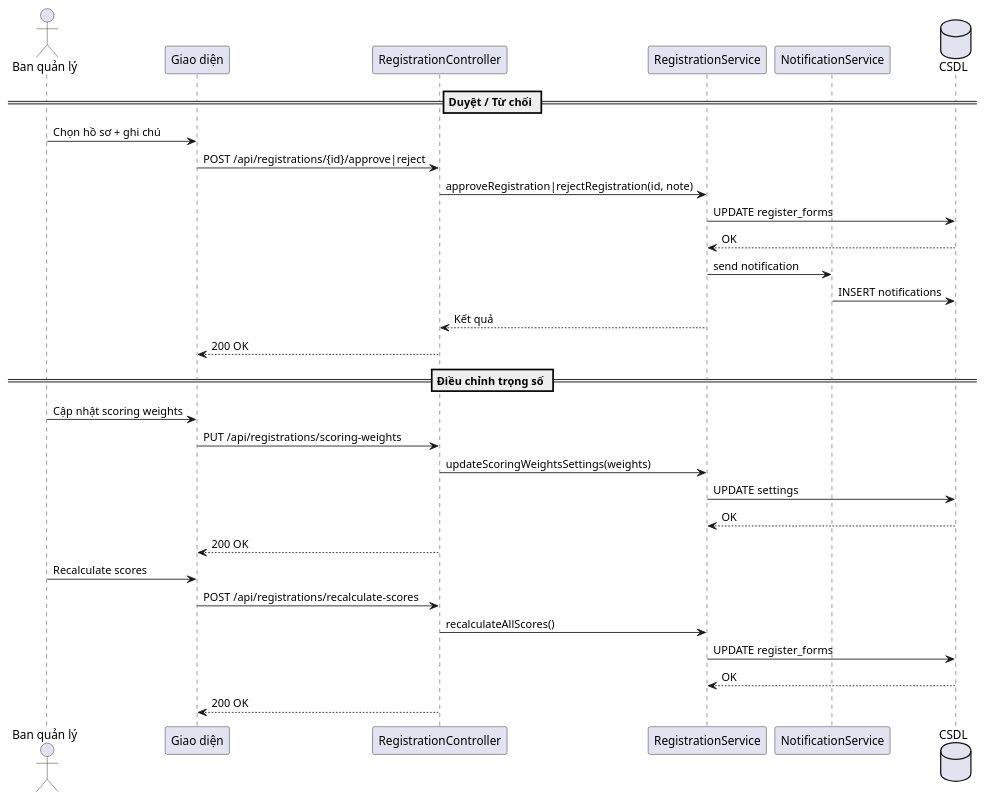
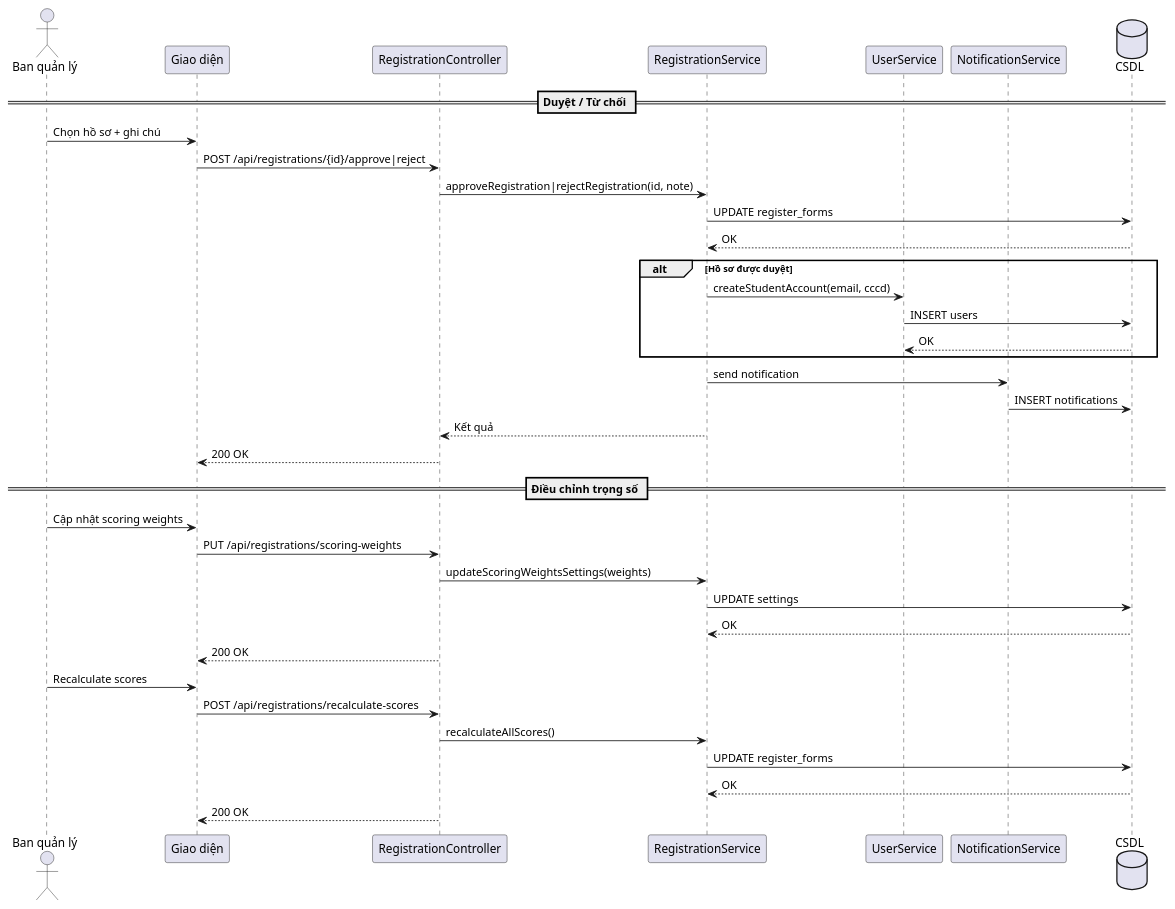
One commit to s0nbuildtech287/dormitory-frontend changed the diagram in diagrams/nhomhosodangky/registration_review_sequence.puml. Above: the diagram before and after it, drawn with PlantUML. The commit also changed 2 other files, not shown here.

```diff
--- a/diagrams/nhomhosodangky/registration_review_sequence.puml
+++ b/diagrams/nhomhosodangky/registration_review_sequence.puml
@@ -1,34 +1,40 @@
 @startuml "Registration Review Sequence"
 actor "Ban quản lý" as Admin
 participant "Giao diện" as FE
 participant "RegistrationController" as RegC
 participant "RegistrationService" as RegS
+participant "UserService" as UserS
 participant "NotificationService" as NotiS
 database "CSDL" as DB
 
 == Duyệt / Từ chối ==
 Admin -> FE: Chọn hồ sơ + ghi chú
 FE -> RegC: POST /api/registrations/{id}/approve|reject
 RegC -> RegS: approveRegistration|rejectRegistration(id, note)
 RegS -> DB: UPDATE register_forms
 DB --> RegS: OK
+alt Hồ sơ được duyệt
+	RegS -> UserS: createStudentAccount(email, cccd)
+	UserS -> DB: INSERT users
+	DB --> UserS: OK
+end
 RegS -> NotiS: send notification
 NotiS -> DB: INSERT notifications
 RegS --> RegC: Kết quả
 RegC --> FE: 200 OK
 
 == Điều chỉnh trọng số ==
 Admin -> FE: Cập nhật scoring weights
 FE -> RegC: PUT /api/registrations/scoring-weights
 RegC -> RegS: updateScoringWeightsSettings(weights)
 RegS -> DB: UPDATE settings
 DB --> RegS: OK
 RegC --> FE: 200 OK
 
 Admin -> FE: Recalculate scores
 FE -> RegC: POST /api/registrations/recalculate-scores
 RegC -> RegS: recalculateAllScores()
 RegS -> DB: UPDATE register_forms
 DB --> RegS: OK
 RegC --> FE: 200 OK
 @enduml
```
